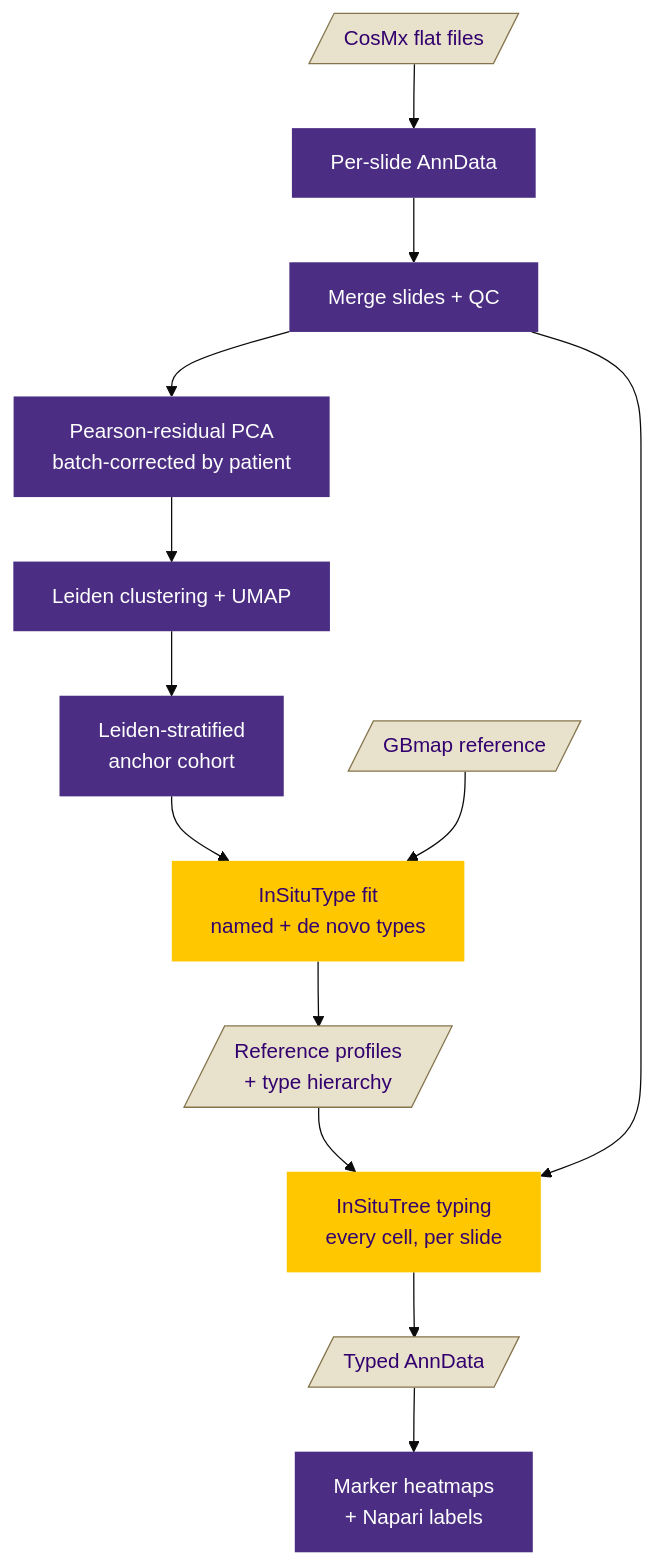
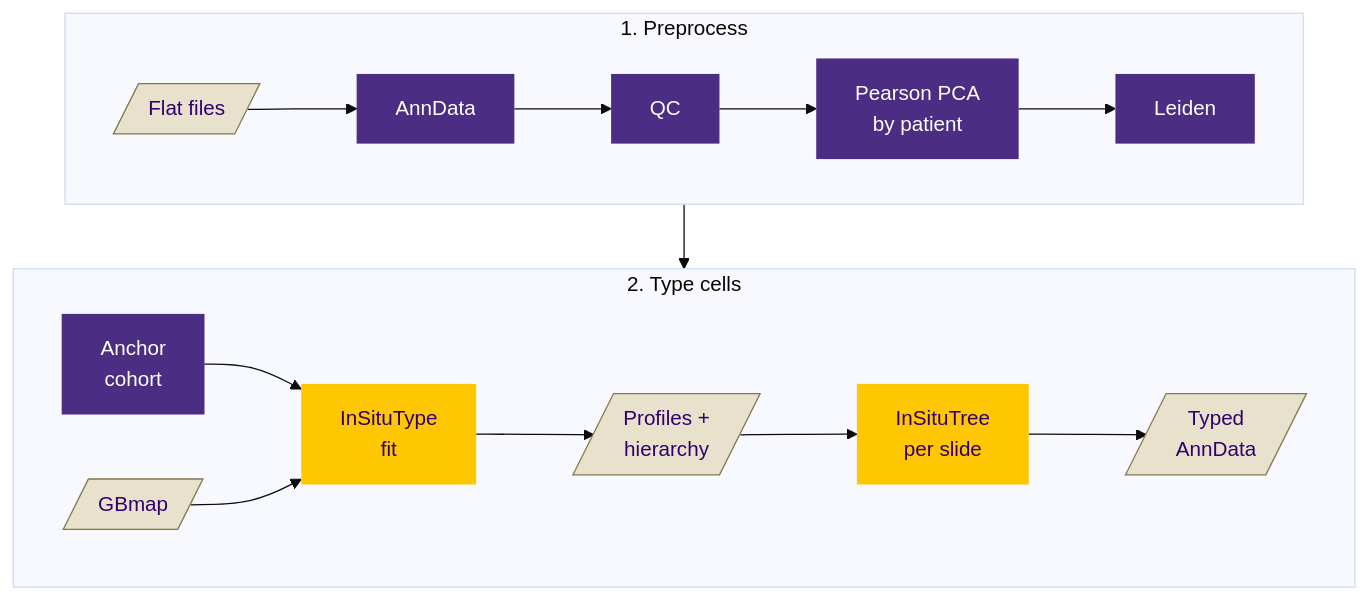
The first of 2 diagrams in README.md (UW-BRaIN-lab/cosmx-utilities), drawn with Mermaid (base theme) before and after one commit.

Commit message:
README: lay the pipeline diagram out in two rows, so GitHub's frame doesn't crop it
GitHub draws Mermaid in a fixed-height frame and wraps labels narrowly; the
12-node vertical chain was cut off below the InSituType fit.

````diff
--- a/README.md
+++ b/README.md
@@ -12,26 +12,19 @@
 ```mermaid
-flowchart TD
+flowchart TB
     classDef data fill:#e8e1cc,stroke:#85754d,color:#32006e
     classDef step fill:#4b2e83,stroke:none,color:#ffffff
     classDef typing fill:#ffc700,stroke:none,color:#32006e
 
-    flat[/"CosMx flat files"/]:::data
-    h5ad["Per-slide AnnData"]:::step
-    qc["Merge slides + QC"]:::step
-    pca["Pearson-residual PCA<br/>batch-corrected by patient"]:::step
-    leiden["Leiden clustering + UMAP"]:::step
-    anchor["Leiden-stratified<br/>anchor cohort"]:::step
-    gbmap[/"GBmap reference"/]:::data
-    fit["InSituType fit<br/>named + de novo types"]:::typing
-    ref[/"Reference profiles<br/>+ type hierarchy"/]:::data
-    tree["InSituTree typing<br/>every cell, per slide"]:::typing
-    typed[/"Typed AnnData"/]:::data
-    viz["Marker heatmaps<br/>+ Napari labels"]:::step
+    subgraph prep["1. Preprocess"]
+        direction LR
+        flat[/"Flat files"/]:::data --> h5ad["AnnData"]:::step --> qc["QC"]:::step --> pca["Pearson PCA<br/>by patient"]:::step --> leiden["Leiden"]:::step
+    end
 
-    flat --> h5ad --> qc --> pca --> leiden --> anchor --> fit
-    gbmap --> fit
-    fit --> ref --> tree
-    qc --> tree
-    tree --> typed
-    typed --> viz
+    subgraph typing["2. Type cells"]
+        direction LR
+        anchor["Anchor<br/>cohort"]:::step --> fit["InSituType<br/>fit"]:::typing --> ref[/"Profiles +<br/>hierarchy"/]:::data --> tree["InSituTree<br/>per slide"]:::typing --> typed[/"Typed<br/>AnnData"/]:::data
+        gbmap[/"GBmap"/]:::data --> fit
+    end
+
+    prep --> typing
 ```
````
